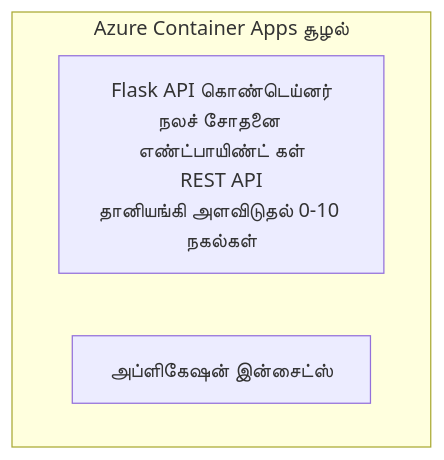
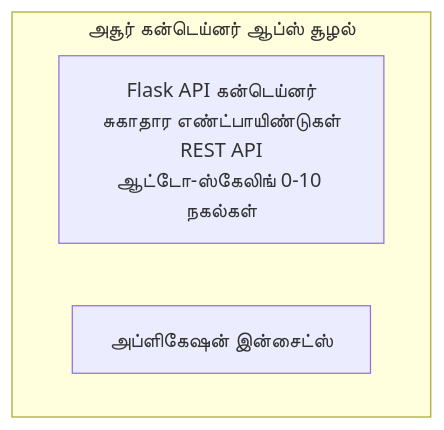
One commit to microsoft/AZD-for-beginners changed the diagram in translations/ta/examples/container-app/simple-flask-api/README.md. Above: the diagram before and after it, drawn with Mermaid. The commit also changed other lines of this file and 104 other files, not shown here.

````diff
--- a/translations/ta/examples/container-app/simple-flask-api/README.md
+++ b/translations/ta/examples/container-app/simple-flask-api/README.md
@@ -26,7 +26,7 @@
 ```mermaid
 graph TD
-    subgraph ACA[Azure Container Apps சூழல்]
-        Flask[Flask API கொண்டெய்னர்<br/>நலச் சோதனை எண்ட்பாயிண்ட் கள்<br/>REST API<br/>தானியங்கி அளவிடுதல் 0-10 நகல்கள்]
+    subgraph ACA[அசூர் கன்டெய்னர் ஆப்ஸ் சூழல்]
+        Flask[Flask API கன்டெய்னர்<br/>சுகாதார எண்ட்பாயிண்டுகள்<br/>REST API<br/>ஆட்டோ-ஸ்கேலிங் 0-10 நகல்கள்]
         AppInsights[அப்ளிகேஷன் இன்சைட்ஸ்]
     end
 ```
````
